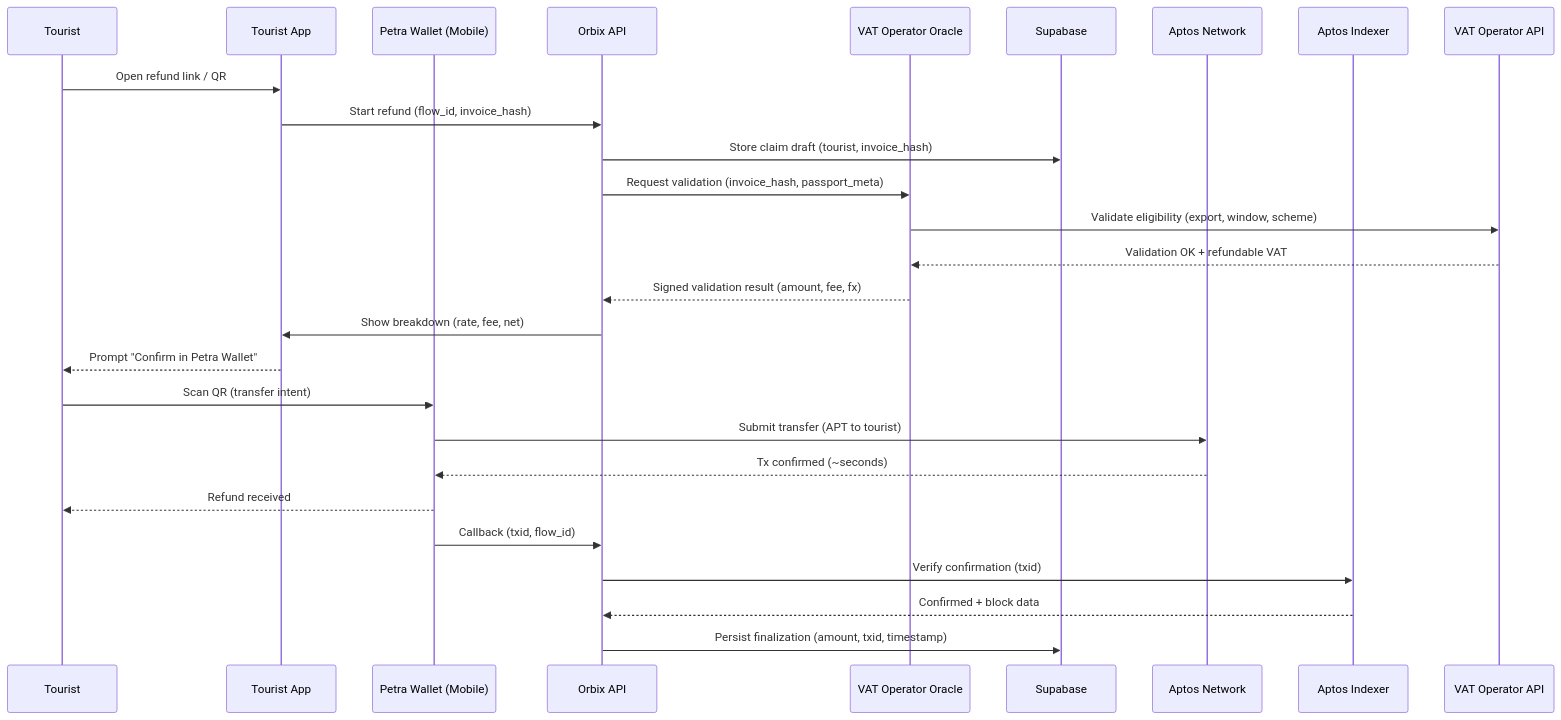
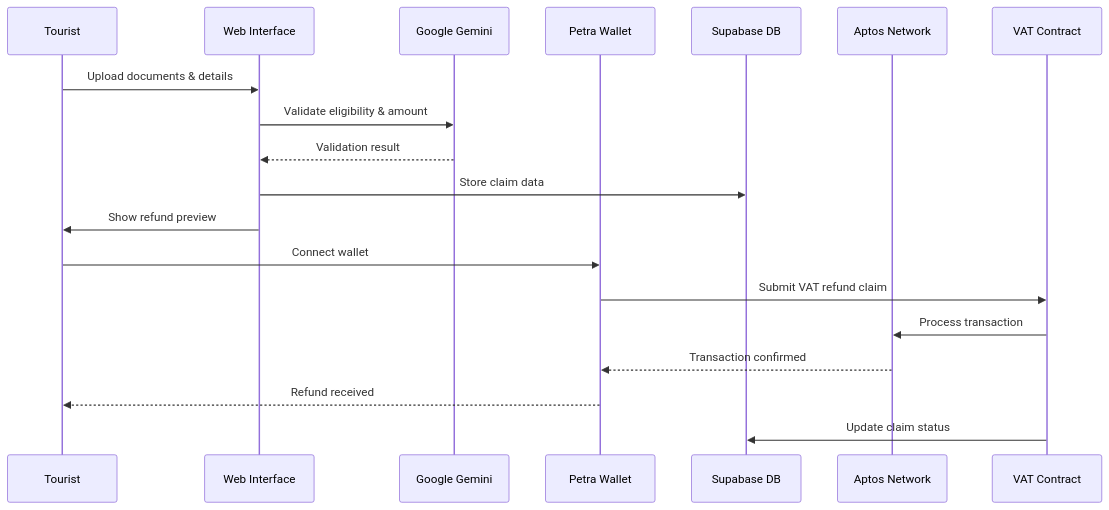
One commit to somewherelostt/Orbix changed the second of 3 diagrams in README.md. Above: the diagram before and after it, drawn with Mermaid. The commit also changed other lines of this file and 2 other files, not shown here.

````diff
--- a/README.md
+++ b/README.md
@@ -116,32 +132,22 @@
 ```mermaid
 sequenceDiagram
-  participant Tourist
-  participant TouristApp as Tourist App
-  participant Petra as Petra Wallet (Mobile)
-  participant API as Orbix API
-  participant Oracle as VAT Operator Oracle
-  participant Supa as Supabase
-  participant AptosNet as Aptos Network
-  participant Indexer as Aptos Indexer
-  participant Operator as VAT Operator API
+  participant User as Tourist
+  participant Web as Web Interface
+  participant AI as Google Gemini
+  participant Petra as Petra Wallet
+  participant Supabase as Supabase DB
+  participant Aptos as Aptos Network
+  participant Contract as VAT Contract
 
-  Tourist->>TouristApp: Open refund link / QR
-  TouristApp->>API: Start refund (flow_id, invoice_hash)
-  API->>Supa: Store claim draft (tourist, invoice_hash)
-  API->>Oracle: Request validation (invoice_hash, passport_meta)
-  Oracle->>Operator: Validate eligibility (export, window, scheme)
-  Operator-->>Oracle: Validation OK + refundable VAT
-  Oracle-->>API: Signed validation result (amount, fee, fx)
-  API->>TouristApp: Show breakdown (rate, fee, net)
-  TouristApp-->>Tourist: Prompt "Confirm in Petra Wallet"
-
-  Tourist->>Petra: Scan QR (transfer intent)
-  Petra->>AptosNet: Submit transfer (APT to tourist)
-  AptosNet-->>Petra: Tx confirmed (~seconds)
-  Petra-->>Tourist: Refund received
-
-  Petra->>API: Callback (txid, flow_id)
-  API->>Indexer: Verify confirmation (txid)
-  Indexer-->>API: Confirmed + block data
-  API->>Supa: Persist finalization (amount, txid, timestamp)
+  User->>Web: Upload documents & details
+  Web->>AI: Validate eligibility & amount
+  AI-->>Web: Validation result
+  Web->>Supabase: Store claim data
+  Web->>User: Show refund preview
+  User->>Petra: Connect wallet
+  Petra->>Contract: Submit VAT refund claim
+  Contract->>Aptos: Process transaction
+  Aptos-->>Petra: Transaction confirmed
+  Petra-->>User: Refund received
+  Contract->>Supabase: Update claim status
 ```
````
